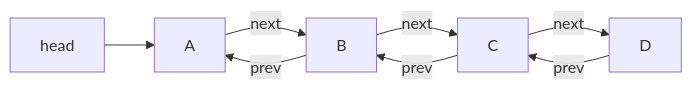
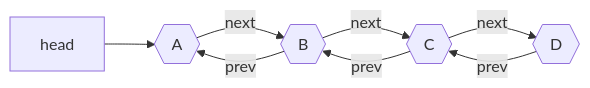
Before and after one commit to ChrisW-priv/PersonalVault: the diagram in zettelkasten/Doubly Linked List.md, drawn with Mermaid. The commit also changed 2 other files, not shown here.

Commit message:
vault backup: 2022-12-08 12:06:17

````diff
--- a/zettelkasten/Doubly Linked List.md
+++ b/zettelkasten/Doubly Linked List.md
@@ -6,5 +6,5 @@
 ```mermaid
 graph LR
-    head --> A -->|next| B -->|next| C -->|next| D
+    head --> A{{A}} -->|next| B{{B}} -->|next| C{{C}} -->|next| D{{D}}
 	D -->|prev| C -->|prev| B -->|prev| A
 ```
````
